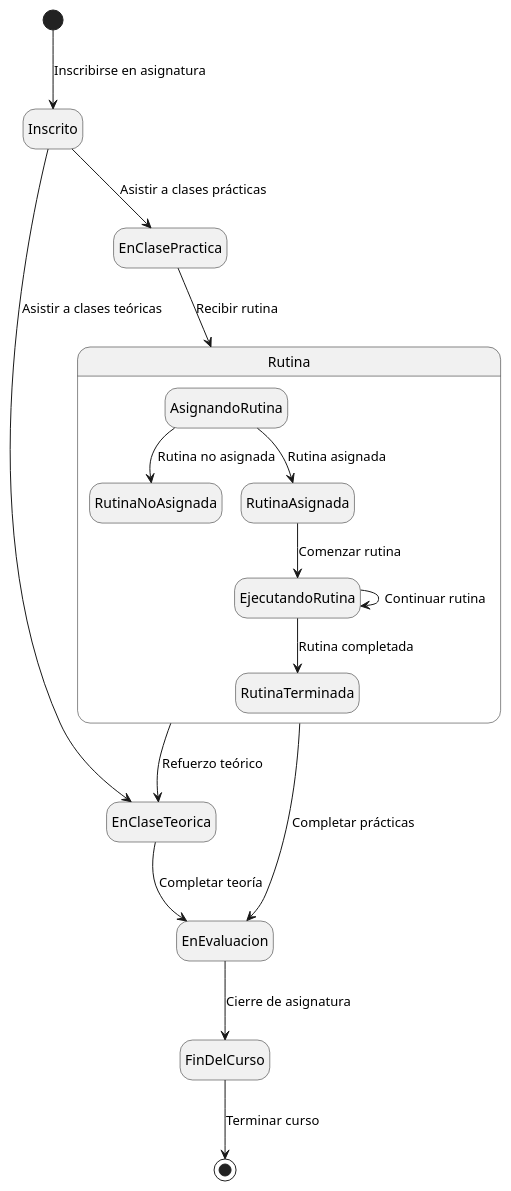
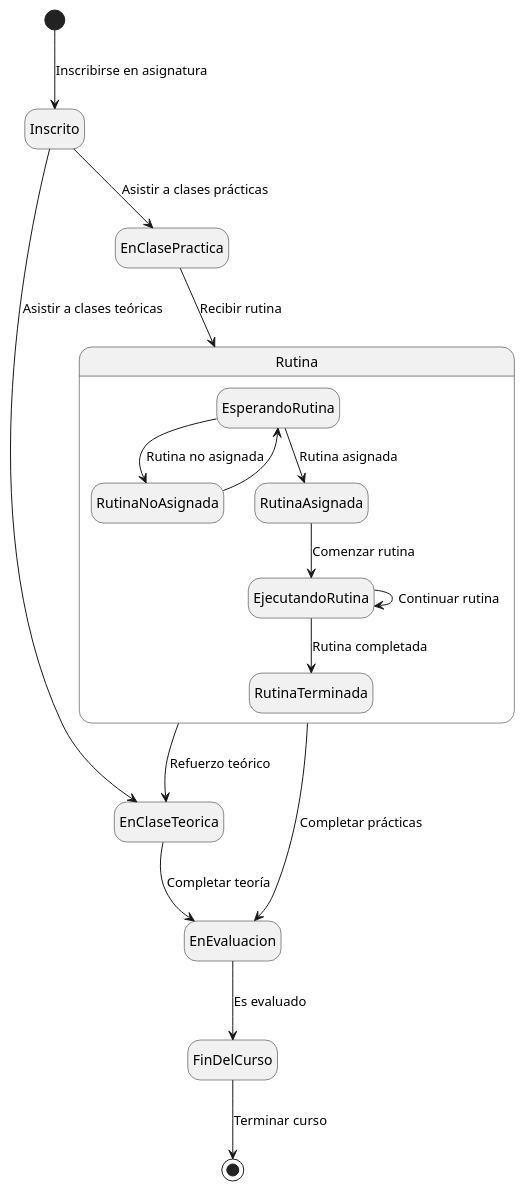
One commit to mmasias/24-25-IdSw1-SDR changed the diagram in Documentos/diagramaDeEstados/Alumnos/CicloDeVidaAlumno.puml. Above: the diagram before and after it, drawn with PlantUML.

Commit message:
Cambios en el diagrama de estados del alumno

```diff
--- a/Documentos/diagramaDeEstados/Alumnos/CicloDeVidaAlumno.puml
+++ b/Documentos/diagramaDeEstados/Alumnos/CicloDeVidaAlumno.puml
@@ -1,25 +1,26 @@
 @startuml
 hide empty description
 
 [*] --> Inscrito : Inscribirse en asignatura
 Inscrito --> EnClaseTeorica : Asistir a clases teóricas
 Inscrito --> EnClasePractica : Asistir a clases prácticas
 
 EnClaseTeorica --> EnEvaluacion : Completar teoría
 EnClasePractica --> Rutina : Recibir rutina
 
 state Rutina {
-    AsignandoRutina --> RutinaNoAsignada : Rutina no asignada
-    AsignandoRutina --> RutinaAsignada : Rutina asignada
+    EsperandoRutina --> RutinaNoAsignada : Rutina no asignada
+    EsperandoRutina --> RutinaAsignada : Rutina asignada
+    RutinaNoAsignada --> EsperandoRutina
     RutinaAsignada --> EjecutandoRutina : Comenzar rutina
     EjecutandoRutina --> EjecutandoRutina : Continuar rutina
     EjecutandoRutina --> RutinaTerminada : Rutina completada
 }
 
 Rutina --> EnEvaluacion : Completar prácticas
 Rutina --> EnClaseTeorica : Refuerzo teórico
 
-EnEvaluacion --> FinDelCurso : Cierre de asignatura
+EnEvaluacion --> FinDelCurso : Es evaluado
 FinDelCurso --> [*] : Terminar curso
 
 @enduml
```
